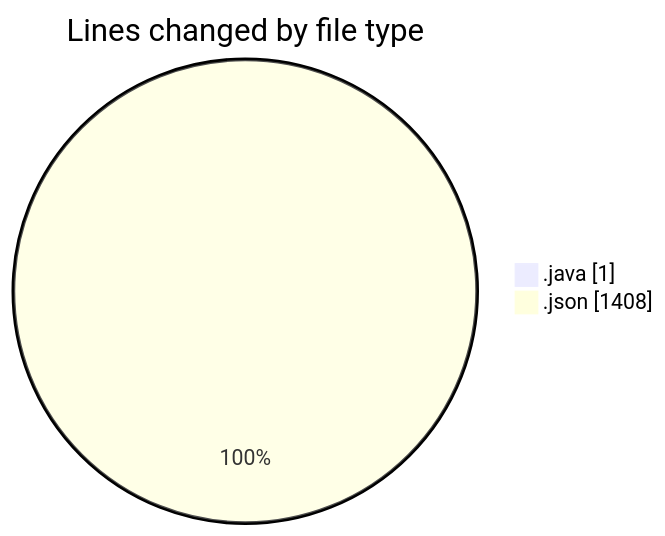
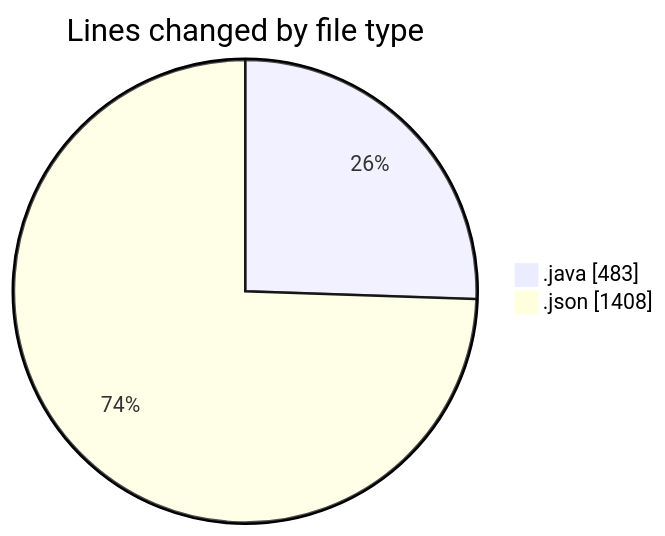
The first of 2 diagrams in 2026-11-10/cilapp/README.md (ricardozamudiocil/code-tracking), drawn with Mermaid before and after one commit. The commit also changed other lines of this file and 1 other file, not shown here.

````diff
--- a/2026-11-10/cilapp/README.md
+++ b/2026-11-10/cilapp/README.md
@@ -21,6 +22,6 @@
 ```mermaid
 pie showData
 title Lines changed by file type
-".java" : 1
+".java" : 483
 ".json" : 1408
 ```
````
